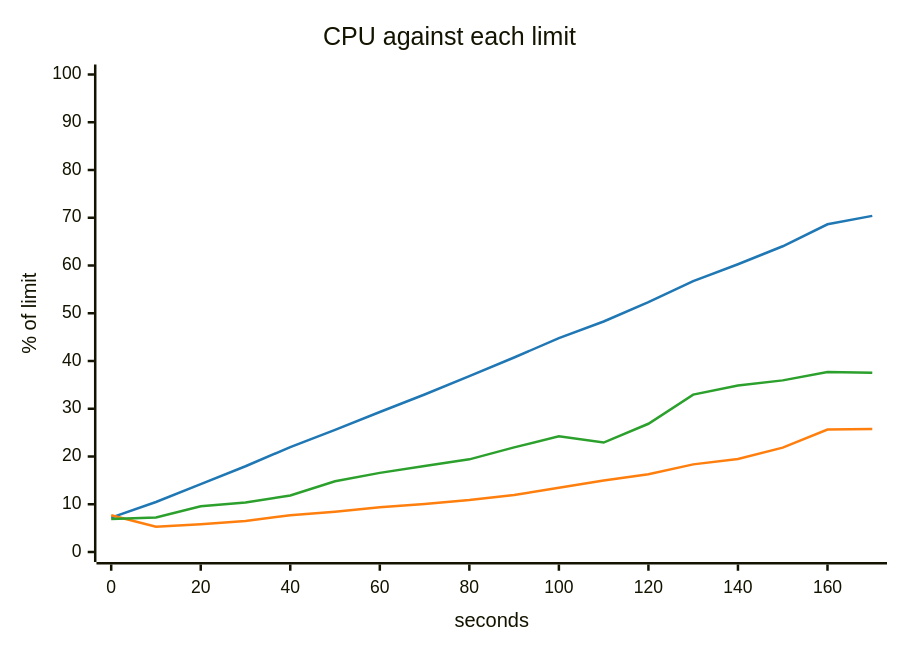
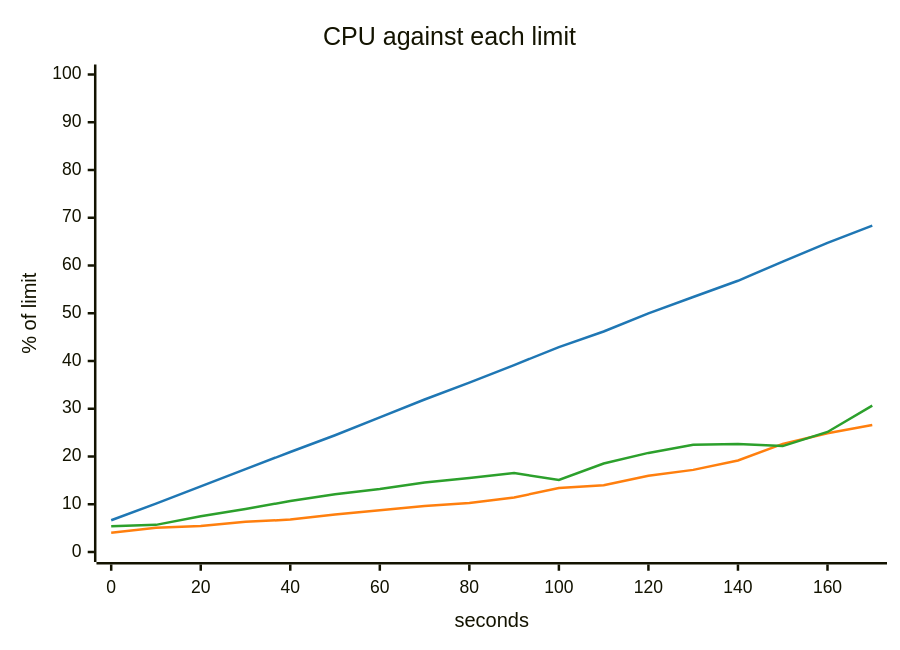
The fifth of 5 diagrams in scenarios/statement-day/solutions/provisioned-iops/report.md (akinfemi/load-lore), drawn with Mermaid before and after one commit. The commit also changed other lines of this file and 71 other files, not shown here.

````diff
--- a/scenarios/statement-day/solutions/provisioned-iops/report.md
+++ b/scenarios/statement-day/solutions/provisioned-iops/report.md
@@ -93,16 +92,16 @@
 ```mermaid
 ---
 config:
   themeVariables:
     xyChart:
       backgroundColor: "transparent"
       plotColorPalette: "#1f77b4, #ff7f0e, #2ca02c"
 ---
 xychart-beta
     title "CPU against each limit"
     x-axis "seconds" 0 --> 170
     y-axis "% of limit" 0 --> 100
-    line [7.212, 10.464, 14.202, 17.959, 21.963, 25.561, 29.314, 32.987, 36.819, 40.734, 44.786, 48.268, 52.333, 56.716, 60.265, 64.027, 68.624, 70.394]
-    line [7.704, 5.29, 5.814, 6.485, 7.698, 8.449, 9.396, 10.038, 10.878, 11.944, 13.455, 14.963, 16.286, 18.354, 19.483, 21.865, 25.66, 25.772]
-    line [6.898, 7.236, 9.593, 10.365, 11.838, 14.804, 16.571, 18.021, 19.403, 21.908, 24.228, 22.916, 26.855, 32.954, 34.854, 35.943, 37.701, 37.52]
+    line [6.648, 10.118, 13.742, 17.368, 20.936, 24.444, 28.189, 31.938, 35.463, 39.144, 42.907, 46.173, 49.978, 53.413, 56.798, 60.827, 64.746, 68.357]
+    line [4.015, 5.078, 5.469, 6.312, 6.787, 7.858, 8.72, 9.622, 10.283, 11.409, 13.389, 14, 15.962, 17.2, 19.173, 22.636, 24.883, 26.584]
+    line [5.393, 5.682, 7.485, 9.013, 10.663, 12.077, 13.199, 14.532, 15.489, 16.545, 15.08, 18.524, 20.752, 22.468, 22.628, 22.182, 25.136, 30.646]
 ```
````
